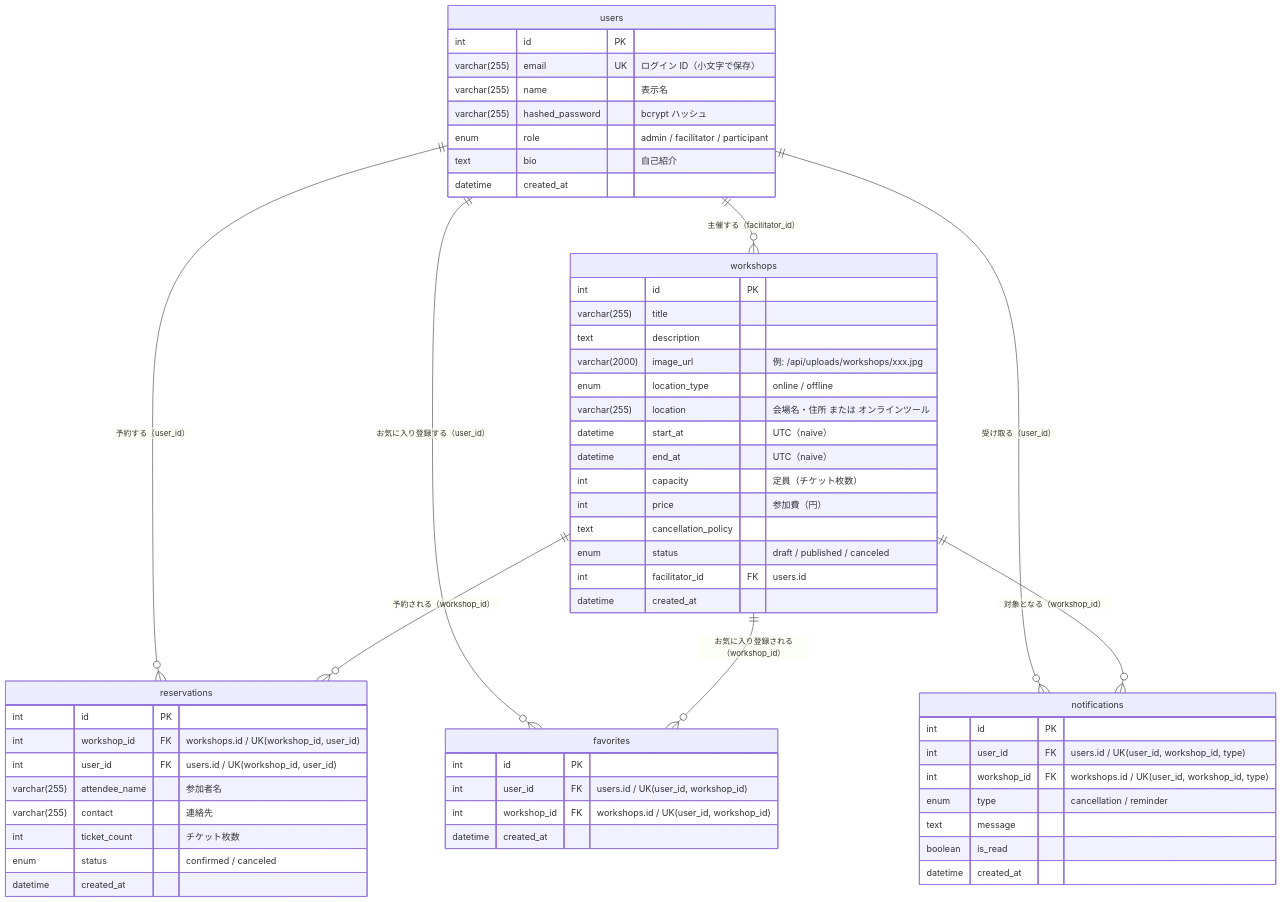
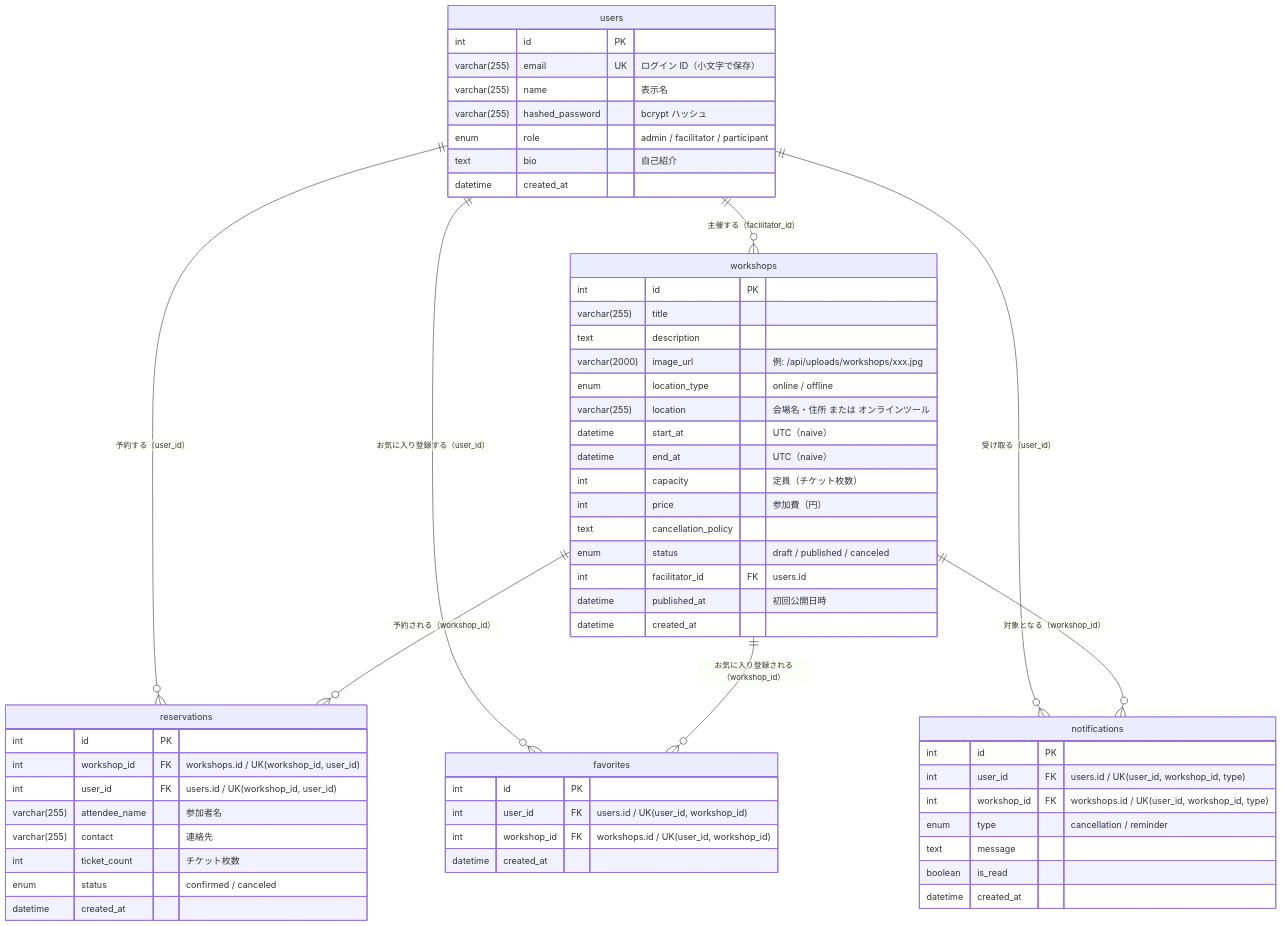
The diagram in docs/design/er-diagram.md (yoshi-2525/workshop-app), drawn with Mermaid before and after one commit. The commit also changed other lines of this file and 78 other files, not shown here.

````diff
--- a/docs/design/er-diagram.md
+++ b/docs/design/er-diagram.md
@@ -9,65 +9,66 @@
 ```mermaid
 erDiagram
     users ||--o{ workshops : "主催する（facilitator_id）"
     users ||--o{ reservations : "予約する（user_id）"
     workshops ||--o{ reservations : "予約される（workshop_id）"
     users ||--o{ favorites : "お気に入り登録する（user_id）"
     workshops ||--o{ favorites : "お気に入り登録される（workshop_id）"
     users ||--o{ notifications : "受け取る（user_id）"
     workshops ||--o{ notifications : "対象となる（workshop_id）"
 
     users {
         int id PK
         varchar(255) email UK "ログイン ID（小文字で保存）"
         varchar(255) name "表示名"
         varchar(255) hashed_password "bcrypt ハッシュ"
         enum role "admin / facilitator / participant"
         text bio "自己紹介"
         datetime created_at
     }
 
     workshops {
         int id PK
         varchar(255) title
         text description
         varchar(2000) image_url "例: /api/uploads/workshops/xxx.jpg"
         enum location_type "online / offline"
         varchar(255) location "会場名・住所 または オンラインツール"
         datetime start_at "UTC（naive）"
         datetime end_at "UTC（naive）"
         int capacity "定員（チケット枚数）"
         int price "参加費（円）"
         text cancellation_policy
         enum status "draft / published / canceled"
         int facilitator_id FK "users.id"
+        datetime published_at "初回公開日時"
         datetime created_at
     }
 
     reservations {
         int id PK
         int workshop_id FK "workshops.id / UK(workshop_id, user_id)"
         int user_id FK "users.id / UK(workshop_id, user_id)"
         varchar(255) attendee_name "参加者名"
         varchar(255) contact "連絡先"
         int ticket_count "チケット枚数"
         enum status "confirmed / canceled"
         datetime created_at
     }
 
     favorites {
         int id PK
         int user_id FK "users.id / UK(user_id, workshop_id)"
         int workshop_id FK "workshops.id / UK(user_id, workshop_id)"
         datetime created_at
     }
 
     notifications {
         int id PK
         int user_id FK "users.id / UK(user_id, workshop_id, type)"
         int workshop_id FK "workshops.id / UK(user_id, workshop_id, type)"
         enum type "cancellation / reminder"
         text message
         boolean is_read
         datetime created_at
     }
 ```
````
